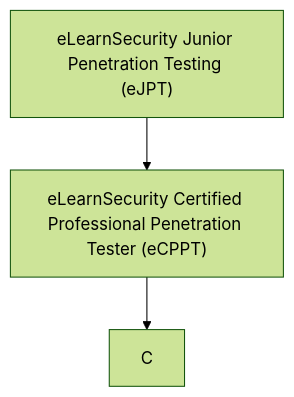
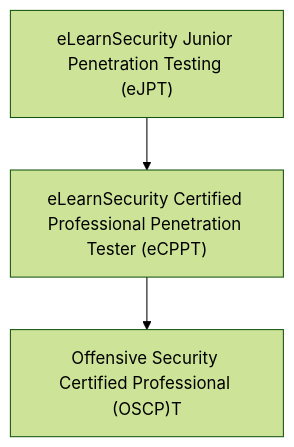
The diagram in README.md (Greg-T8/eJPT), drawn with Mermaid (forest theme) before and after one commit.

Commit message:
Updated BHP README

````diff
--- a/README.md
+++ b/README.md
@@ -13,5 +13,6 @@
 ```mermaid
   flowchart TD
     A["eLearnSecurity Junior Penetration Testing (eJPT)"] --> B
     B["eLearnSecurity Certified Professional Penetration Tester (eCPPT)"] --> C
+    C["Offensive Security Certified Professional (OSCP)"T]
 ```
````
